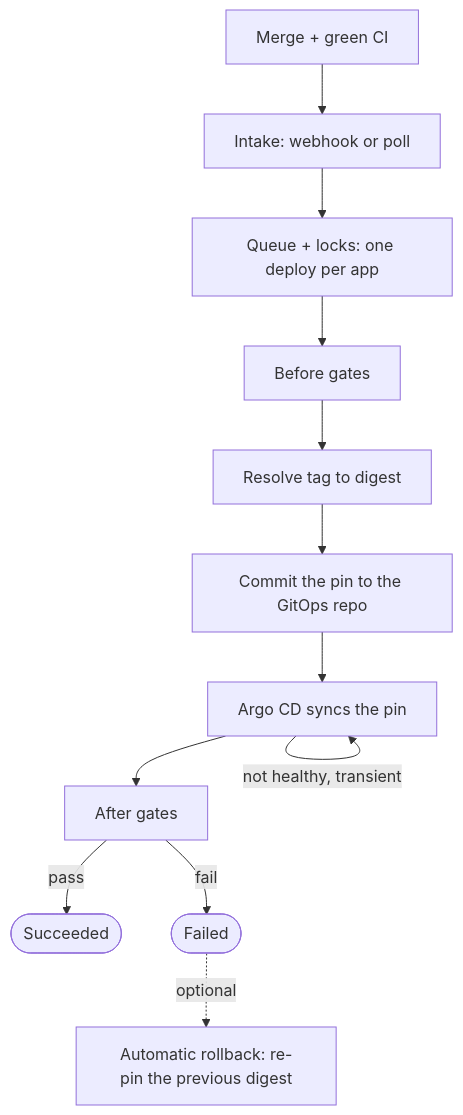
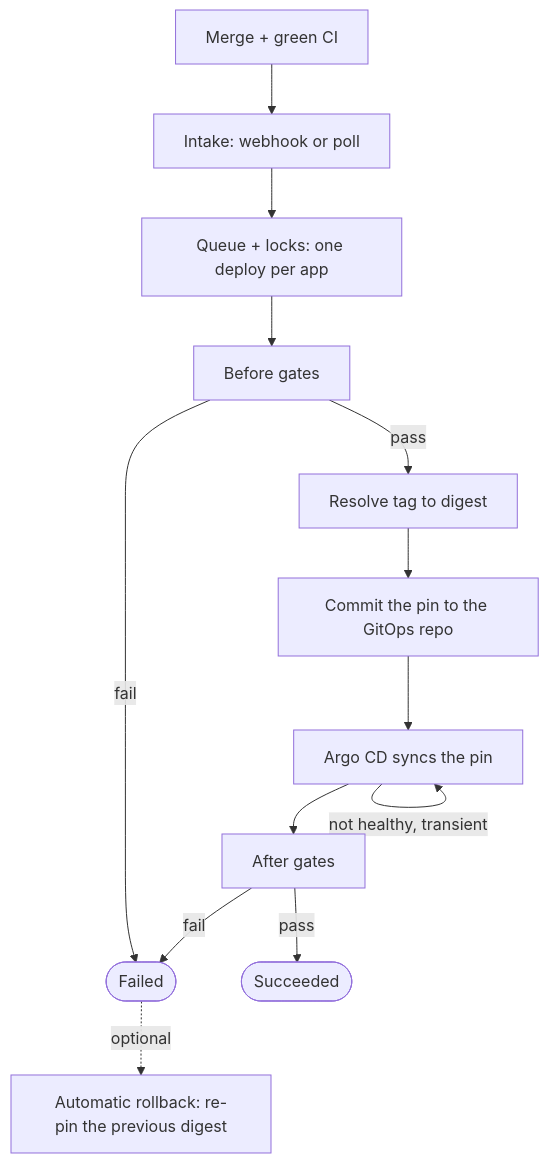
One commit to sharpintelligence/doorstep changed the diagram in README.md. Above: the diagram before and after it, drawn with Mermaid. The commit also changed other lines of this file and 5 other files, not shown here.

Commit message:
Address review: flow diagrams, pod diagnostics mentions, conduct contact, stricter docs checks (doorstep-ehl.1.5)

````diff
--- a/README.md
+++ b/README.md
@@ -13,14 +13,15 @@
 ```mermaid
 flowchart TD
     merge["Merge + green CI"] --> intake["Intake: webhook or poll"]
     intake --> queue["Queue + locks: one deploy per app"]
     queue --> before["Before gates"]
-    before --> resolve["Resolve tag to digest"]
+    before -->|fail| failed(["Failed"])
+    before -->|pass| resolve["Resolve tag to digest"]
     resolve --> pin["Commit the pin to the GitOps repo"]
     pin --> sync["Argo CD syncs the pin"]
     sync -->|not healthy, transient| sync
     sync --> after["After gates"]
     after -->|pass| succeeded(["Succeeded"])
-    after -->|fail| failed(["Failed"])
+    after -->|fail| failed
     failed -.->|optional| rollback["Automatic rollback: re-pin the previous digest"]
 ```
````
